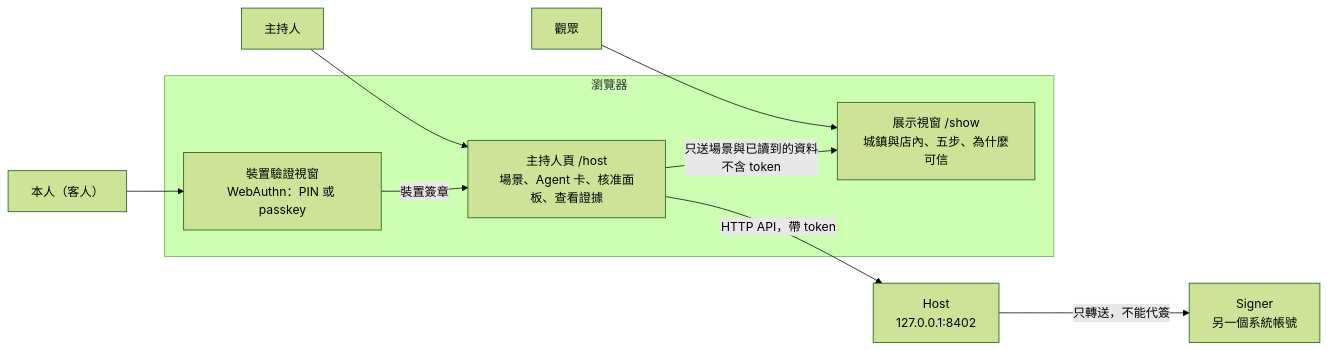
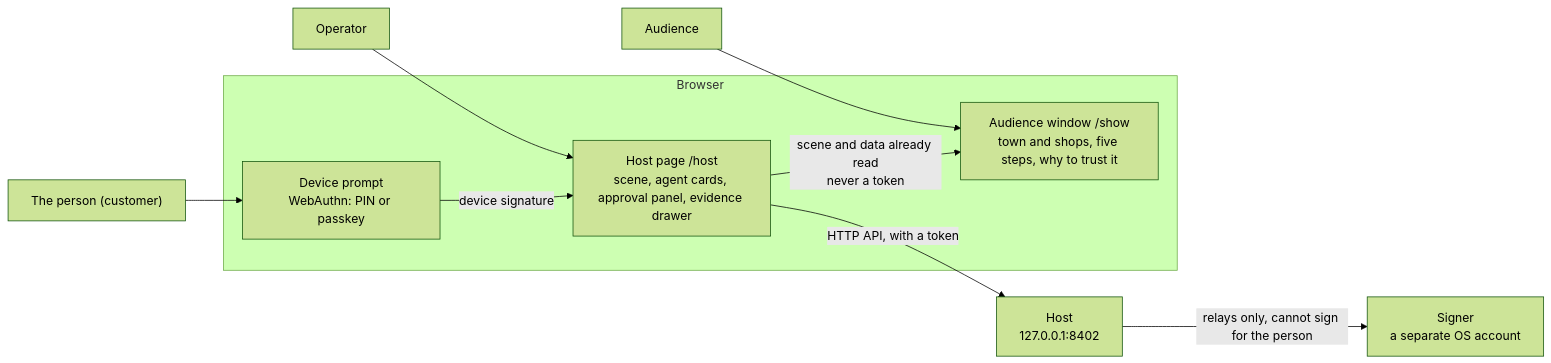
The first of 4 diagrams in README.md (SIMPLYBOYS/agent-payment-authority), drawn with Mermaid (forest theme) before and after one commit. The commit also changed other lines of this file and 1 other file, not shown here.

````diff
--- a/README.md
+++ b/README.md
@@ -37,23 +37,23 @@
 ```mermaid
 flowchart LR
-  OP["主持人"]
-  AU["觀眾"]
-  ME["本人（客人）"]
+  OP["Operator"]
+  AU["Audience"]
+  ME["The person (customer)"]
 
-  subgraph browser["瀏覽器"]
-    HP["主持人頁 /host<br/>場景、Agent 卡、核准面板、查看證據"]
-    SW["展示視窗 /show<br/>城鎮與店內、五步、為什麼可信"]
-    DV["裝置驗證視窗<br/>WebAuthn：PIN 或 passkey"]
+  subgraph browser["Browser"]
+    HP["Host page /host<br/>scene, agent cards, approval panel, evidence drawer"]
+    SW["Audience window /show<br/>town and shops, five steps, why to trust it"]
+    DV["Device prompt<br/>WebAuthn: PIN or passkey"]
   end
 
   HOST["Host<br/>127.0.0.1:8402"]
-  SIGNER["Signer<br/>另一個系統帳號"]
+  SIGNER["Signer<br/>a separate OS account"]
 
   OP --> HP
   AU --> SW
   ME --> DV
-  HP -- "HTTP API，帶 token" --> HOST
-  HP -- "只送場景與已讀到的資料<br/>不含 token" --> SW
-  DV -- "裝置簽章" --> HP
-  HOST -- "只轉送，不能代簽" --> SIGNER
+  HP -- "HTTP API, with a token" --> HOST
+  HP -- "scene and data already read<br/>never a token" --> SW
+  DV -- "device signature" --> HP
+  HOST -- "relays only, cannot sign for the person" --> SIGNER
 ```
````
